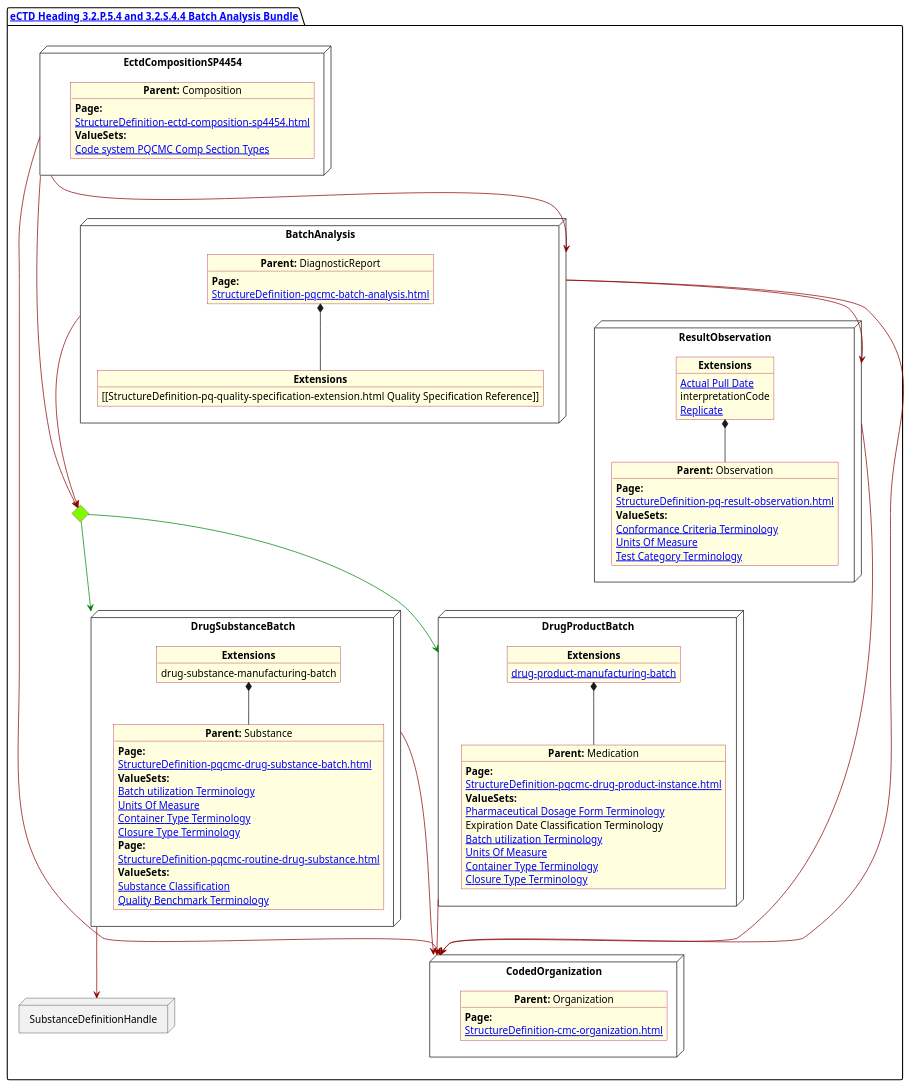
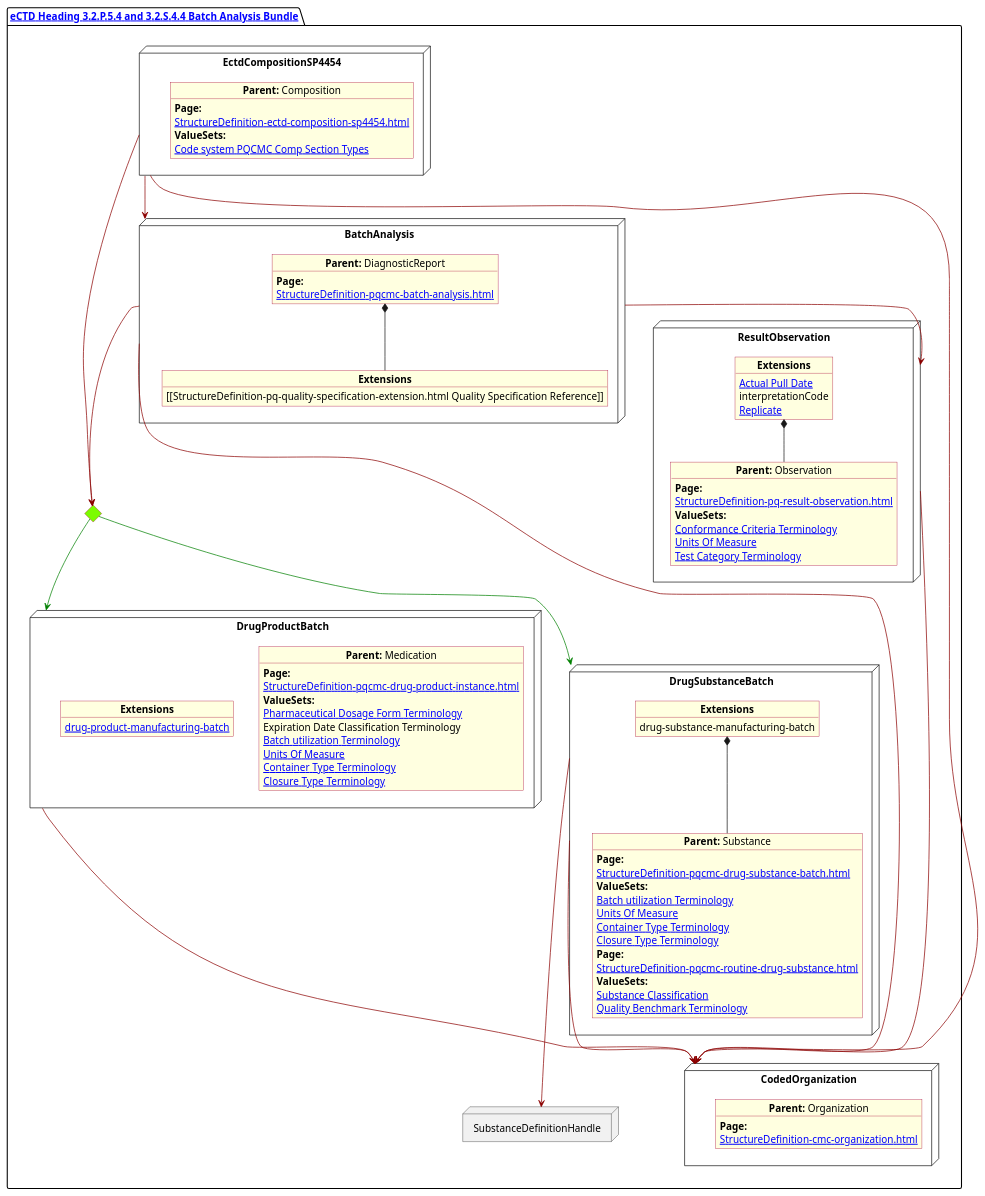
One commit to HL7/FHIR-us-pq-cmc-fda changed the diagram in input/images-source/BatchAnalysis.plantuml. Above: the diagram before and after it, drawn with PlantUML.

Commit message:
correction to diagram

```diff
--- a/input/images-source/BatchAnalysis.plantuml
+++ b/input/images-source/BatchAnalysis.plantuml
@@ -1,131 +1,131 @@
 @startuml BatchAnalysis
 allowmixing
 'Mixed model of use case and object
 skinparam svgDimensionStyle false
 skinparam ObjectBackgroundColor LightYellow
 skinparam ObjectBorderColor #A80036
 skinparam activityDiamondBorderColor #A80036
 skinparam activityDiamondBackgroundColor lawnGreen
 skinparam ClassBorderThickness 4
 
 
 package "[[StructureDefinition-cmc-ectd-document-sp4454.html eCTD Heading 3.2.P.5.4 and 3.2.S.4.4 Batch Analysis Bundle]]" as NODES {
   
   node "DrugProductBatch" as NN {
 
     object "**Parent:** Medication" as obj3 {
       **Page:**
       [[StructureDefinition-pqcmc-drug-product-instance.html]]
       **ValueSets:**
       [[ValueSet-spl-pharmaceutical-dosage-form-terminology.html Pharmaceutical Dosage Form Terminology]]
       Expiration Date Classification Terminology
       [[ValueSet-pqcmc-batch-utilization-terminology.html Batch utilization Terminology]]
       [[ValueSet-pqcmc-units-of-measure.html Units Of Measure]]
       [[ValueSet-pqcmc-container-type-terminology.html Container Type Terminology]]
       [[ValueSet-pqcmc-closure-type-terminology.html Closure Type Terminology]]
 
     }
 
     object "**Extensions**" as objExsBatch  {
       [[StructureDefinition-drug-product-manufacturing-batch.html drug-product-manufacturing-batch]]
     }
-    objExsBatch *-- obj3
+   
   }
   node "BatchAnalysis" as N2 {
 
 
     object "**Parent:** DiagnosticReport" as obj2 {
       **Page:**
       [[StructureDefinition-pqcmc-batch-analysis.html]]
     }
     object "**Extensions**" as objQSEx {
       [[StructureDefinition-pq-quality-specification-extension.html  Quality Specification Reference]]
 
     }
     obj2 *-- objQSEx
   }
   node "CodedOrganization" as NSO {
 
     object "**Parent:** Organization" as objAu {
       **Page:**
       [[StructureDefinition-cmc-organization.html]]
       
     }
   }
   diamond CH
 
   node "DrugSubstanceBatch" as NNS {
 
     object "**Parent:** Substance" as obj4 {
       **Page:**
       [[StructureDefinition-pqcmc-drug-substance-batch.html]]
       **ValueSets:**
       [[ValueSet-pqcmc-batch-utilization-terminology.html Batch utilization Terminology]]
       [[ValueSet-pqcmc-units-of-measure.html Units Of Measure]]
       [[ValueSet-pqcmc-container-type-terminology.html Container Type Terminology]]
       [[ValueSet-pqcmc-closure-type-terminology.html Closure Type Terminology]]
     }
     object "**Extensions**" as objExs2 {
  drug-substance-manufacturing-batch
     }
 
     objExs2 *-- obj4
   }
 
     node "SubstanceDefinitionHandle" as NNSH {
 
     object "**Parent:** SubstanceDefinition" as obj4 {
       **Page:**
       [[StructureDefinition-pqcmc-routine-drug-substance.html]]
       **ValueSets:**
       [[ValueSet-substance-classification.html Substance Classification]]
       [[ValueSet-pqcmc-quality-benchmark-terminology.html Quality Benchmark Terminology]]
     }
 
   }
 
   node "ResultObservation" as NNOBS {
 
     object "**Parent:** Observation" as observ3 {
       **Page:**
       [[StructureDefinition-pq-result-observation.html]]
       **ValueSets:**
       [[ValueSet-pqcmc-conformance-to-criteria-terminology.html Conformance Criteria Terminology]]
       [[ValueSet-pqcmc-units-of-measure.html Units Of Measure]]
       [[ValueSet-pqcmc-test-category-terminology.html Test Category Terminology]]
     }
     object "**Extensions**" as objExsObserv  {
       [[StructureDefinition-pq-pullDate-extension.html Actual Pull Date]]
       interpretationCode
       [[StructureDefinition-pq-replicate-extension.html Replicate]]
     }
     objExsObserv *-- observ3
   }
 
 
   node "EctdCompositionSP4454" as N1 {
 
     object "**Parent:** Composition" as obj1 {
       **Page:**
       [[StructureDefinition-ectd-composition-sp4454.html]]
       **ValueSets:**
       [[ValueSet-cmc-comp-section-types-vs.html Code system PQCMC Comp Section Types]]
     }
   }
 
 
   N1 -[#darkred]-> CH
   N1 -[#darkred]--> N2
   N1 -[#darkred]--> NSO
   CH -[#green]-> NNS
   CH -[#green]-> NN
   NNS -[#darkred]--> NSO
   NNS -[#darkred]-->NNSH
   NN -[#darkred]--> NSO
   N2 -[#darkred]--> CH
   N2 -[#darkred]--> NSO
   N2 -[#darkred]-> NNOBS
   NNOBS -[#darkred]--> NSO
 
 }
 @enduml
```
